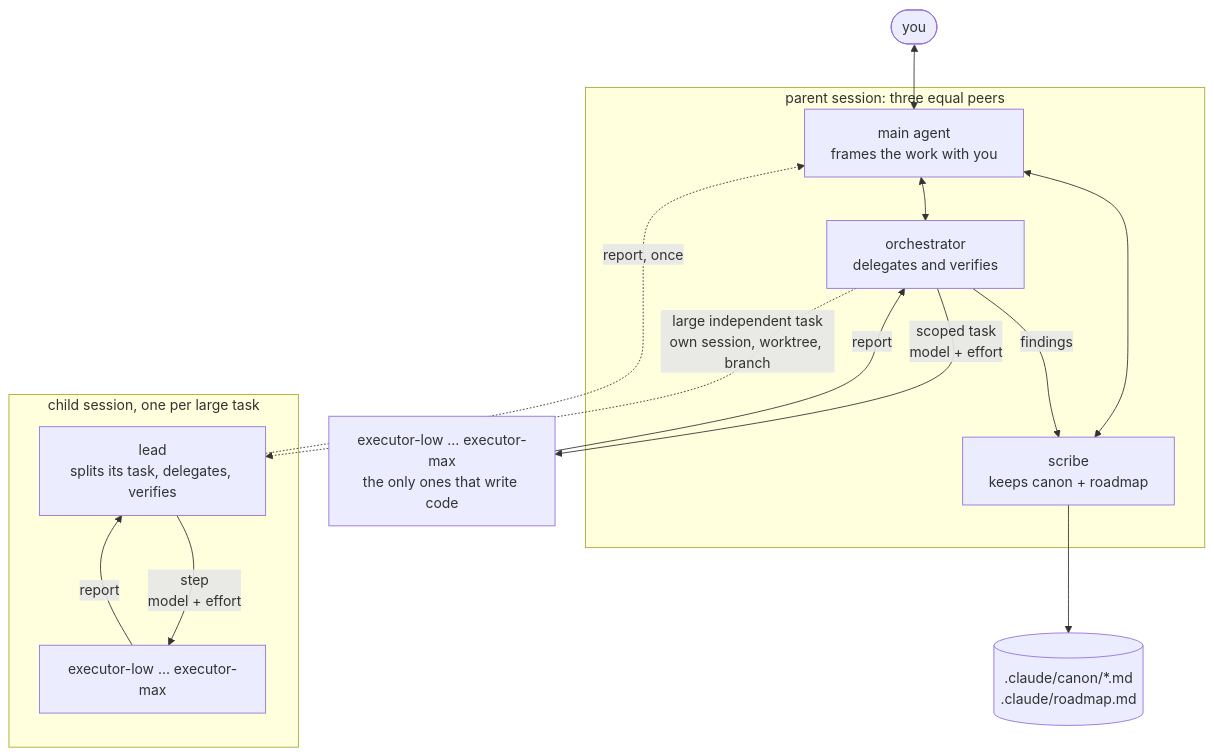
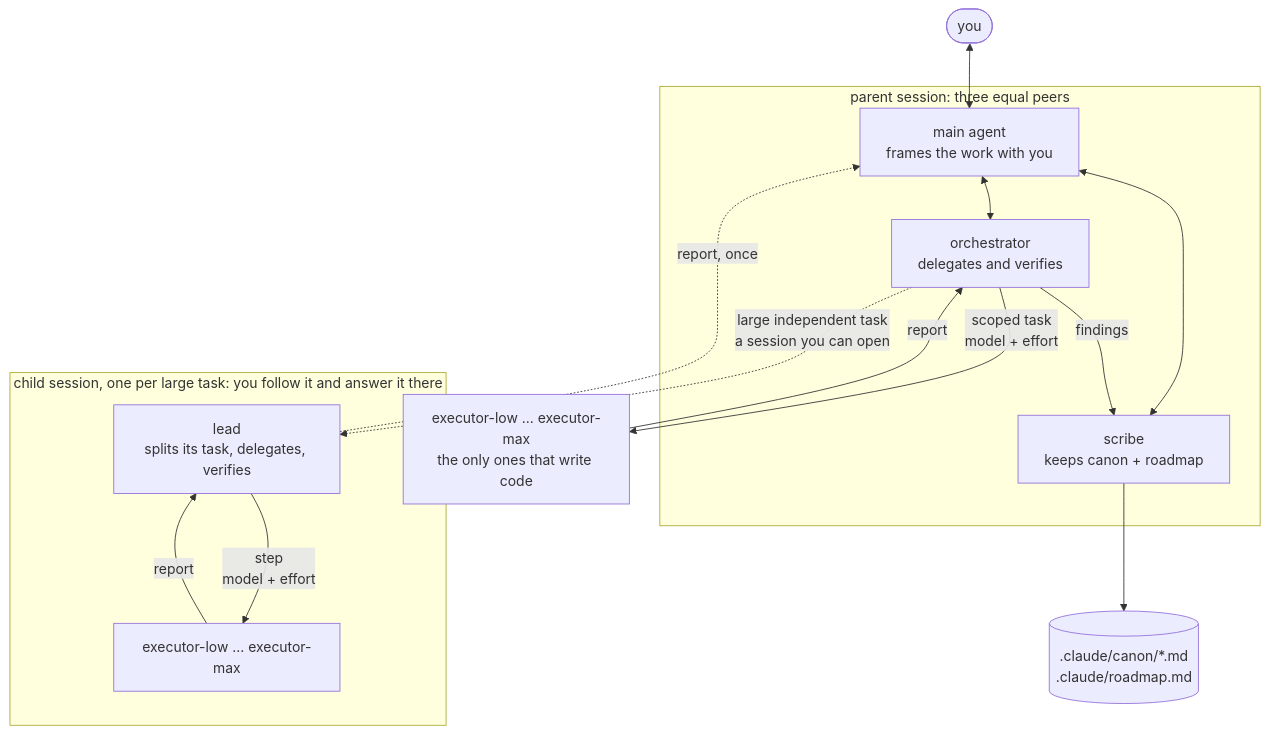
The diagram in README.md (pazimor/marketplace), drawn with Mermaid before and after one commit. The commit also changed other lines of this file and 10 other files, not shown here.

First line of the commit message:
feat(orchestration): lead skill, direct questions, optional worktree (1.1.0)

````diff
--- a/README.md
+++ b/README.md
@@ -36,23 +36,23 @@
 ```mermaid
 flowchart TB
     you([you]) <--> main
     subgraph peers ["parent session: three equal peers"]
         main["main agent<br/>frames the work with you"]
         scribe["scribe<br/>keeps canon + roadmap"]
         orch["orchestrator<br/>delegates and verifies"]
     end
     main <--> scribe
     main <--> orch
     orch -- findings --> scribe
     scribe --> files[(".claude/canon/*.md<br/>.claude/roadmap.md")]
     orch -- "scoped task<br/>model + effort" --> ex["executor-low … executor-max<br/>the only ones that write code"]
     ex -- report --> orch
-    orch -. "large independent task<br/>own session, worktree, branch" .-> lead
-    subgraph child ["child session, one per large task"]
+    orch -. "large independent task<br/>a session you can open" .-> lead
+    subgraph child ["child session, one per large task: you follow it and answer it there"]
         lead["lead<br/>splits its task, delegates, verifies"]
         cex["executor-low … executor-max"]
         lead -- "step<br/>model + effort" --> cex
         cex -- report --> lead
     end
     lead -. "report, once" .-> main
 ```
````
